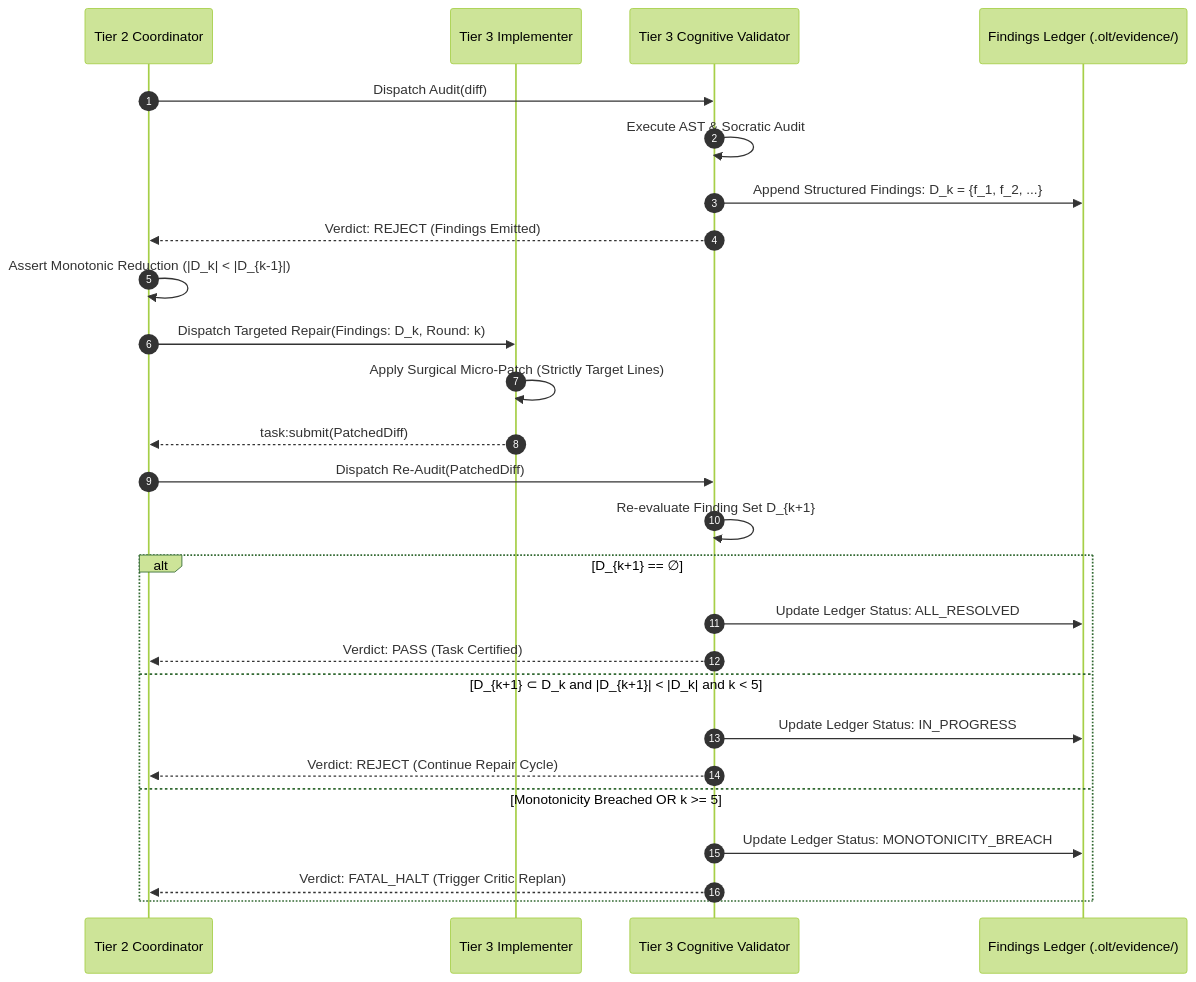
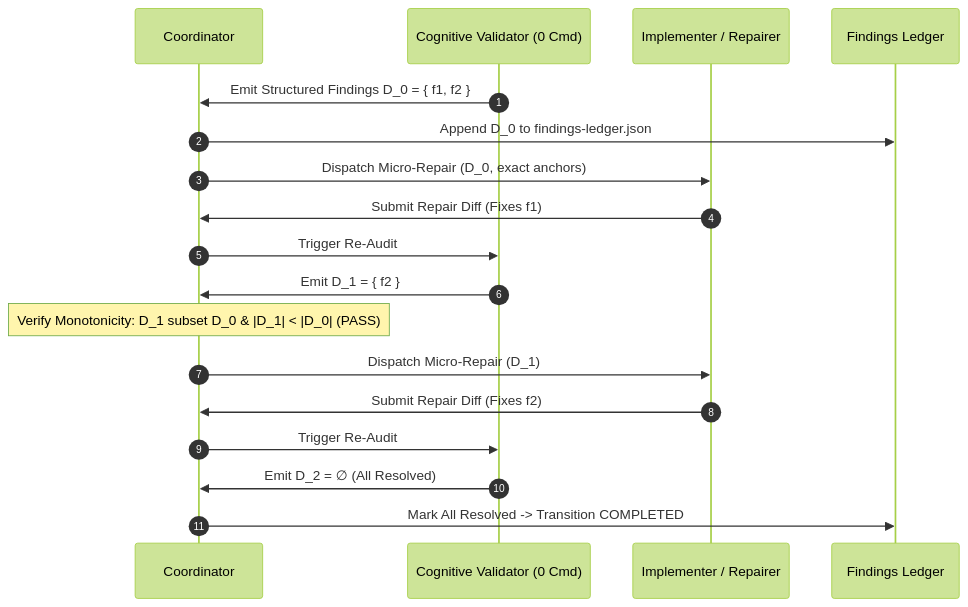
The diagram in docs/olt/architecture/08-adversarial-validation-repair/08-04-structured-findings-and-monotonic-repair.md (onurseckin/skills), drawn with Mermaid (forest theme) before and after one commit. The commit also changed other lines of this file and 115 other files, not shown here.

````diff
--- a/docs/olt/architecture/08-adversarial-validation-repair/08-04-structured-findings-and-monotonic-repair.md
+++ b/docs/olt/architecture/08-adversarial-validation-repair/08-04-structured-findings-and-monotonic-repair.md
@@ -94,31 +101,21 @@
 ```mermaid
 sequenceDiagram
     autonumber
-    participant Coord as Tier 2 Coordinator
-    participant Impl as Tier 3 Implementer
-    participant Val as Tier 3 Cognitive Validator
-    participant Ledger as Findings Ledger (.olt/evidence/)
+    participant Coord as Coordinator
+    participant Val as Cognitive Validator (0 Cmd)
+    participant Impl as Implementer / Repairer
+    participant Ledger as Findings Ledger
 
-    Coord->>Val: Dispatch Audit(diff)
-    Val->>Val: Execute AST & Socratic Audit
-    Val->>Ledger: Append Structured Findings: D_k = {f_1, f_2, ...}
-    Val-->>Coord: Verdict: REJECT (Findings Emitted)
-
-    Coord->>Coord: Assert Monotonic Reduction (|D_k| < |D_{k-1}|)
-    Coord->>Impl: Dispatch Targeted Repair(Findings: D_k, Round: k)
-    Impl->>Impl: Apply Surgical Micro-Patch (Strictly Target Lines)
-    Impl-->>Coord: task:submit(PatchedDiff)
-
-    Coord->>Val: Dispatch Re-Audit(PatchedDiff)
-    Val->>Val: Re-evaluate Finding Set D_{k+1}
-    alt D_{k+1} == ∅
-        Val->>Ledger: Update Ledger Status: ALL_RESOLVED
-        Val-->>Coord: Verdict: PASS (Task Certified)
-    else D_{k+1} ⊂ D_k and |D_{k+1}| < |D_k| and k < 5
-        Val->>Ledger: Update Ledger Status: IN_PROGRESS
-        Val-->>Coord: Verdict: REJECT (Continue Repair Cycle)
-    else Monotonicity Breached OR k >= 5
-        Val->>Ledger: Update Ledger Status: MONOTONICITY_BREACH
-        Val-->>Coord: Verdict: FATAL_HALT (Trigger Critic Replan)
-    end
+    Val->>Coord: Emit Structured Findings D_0 = { f1, f2 }
+    Coord->>Ledger: Append D_0 to findings-ledger.json
+    Coord->>Impl: Dispatch Micro-Repair (D_0, exact anchors)
+    Impl->>Coord: Submit Repair Diff (Fixes f1)
+    Coord->>Val: Trigger Re-Audit
+    Val->>Coord: Emit D_1 = { f2 }
+    Note over Coord: Verify Monotonicity: D_1 subset D_0 & |D_1| < |D_0| (PASS)
+    Coord->>Impl: Dispatch Micro-Repair (D_1)
+    Impl->>Coord: Submit Repair Diff (Fixes f2)
+    Coord->>Val: Trigger Re-Audit
+    Val->>Coord: Emit D_2 = ∅ (All Resolved)
+    Coord->>Ledger: Mark All Resolved -> Transition COMPLETED
 ```
````
